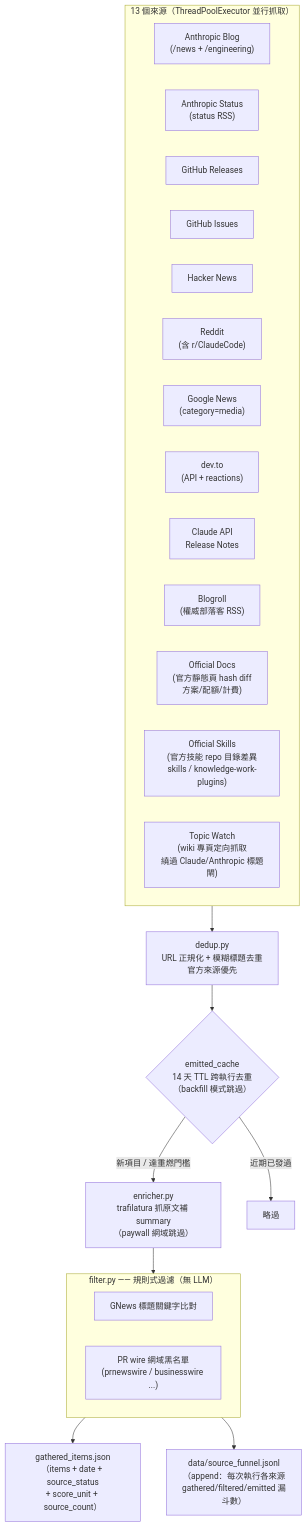
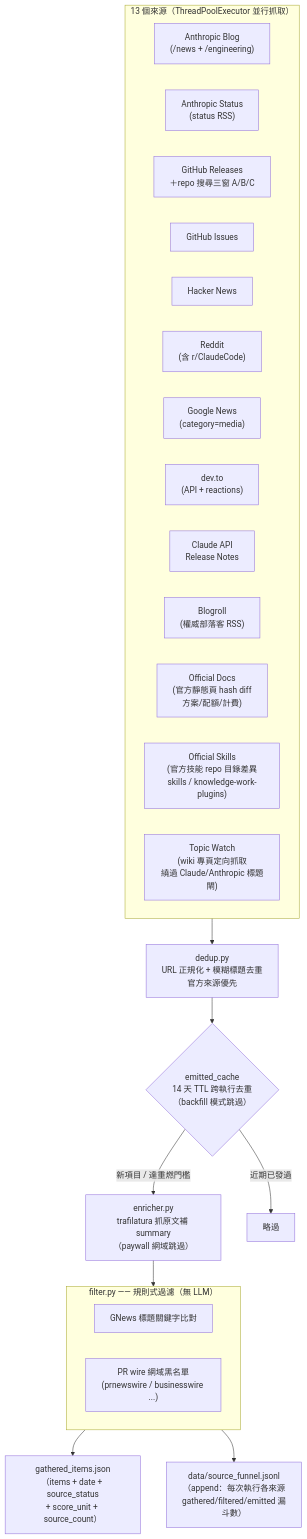
One commit to mandy82477/claude-news changed the third of 9 diagrams in src/DesignDocument/Design Diagram.md. Above: the diagram before and after it, drawn with Mermaid. The commit also changed other lines of this file and 5 other files, not shown here.

First line of the commit message:
feat(sources): GitHub repo 搜尋加入 C 窗（存量盤點），關掉冷啟動洞

````diff
--- a/src/DesignDocument/Design Diagram.md
+++ b/src/DesignDocument/Design Diagram.md
@@ -90,34 +90,35 @@
 ```mermaid
 flowchart TD
     subgraph SRC["13 個來源（ThreadPoolExecutor 並行抓取）"]
         direction LR
         S1["Anthropic Blog\n(/news + /engineering)"]
         S2["Anthropic Status\n(status RSS)"]
-        S3["GitHub Releases"]
+        S3["GitHub Releases
+＋repo 搜尋三窗 A/B/C"]
         S4["GitHub Issues"]
         S5["Hacker News"]
         S6["Reddit\n(含 r/ClaudeCode)"]
         S7["Google News\n(category=media)"]
         S8["dev.to\n(API + reactions)"]
         S9["Claude API\nRelease Notes"]
         S10["Blogroll\n(權威部落客 RSS)"]
         S11["Official Docs\n(官方靜態頁 hash diff\n方案/配額/計費)"]
         S12["Official Skills\n(官方技能 repo 目錄差異\nskills / knowledge-work-plugins)"]
         S13["Topic Watch\n(wiki 專頁定向抓取\n繞過 Claude/Anthropic 標題閘)"]
     end
 
     SRC --> DEDUP["dedup.py\nURL 正規化 + 模糊標題去重\n官方來源優先"]
     DEDUP --> CACHE{"emitted_cache\n14 天 TTL 跨執行去重\n（backfill 模式跳過）"}
     CACHE -->|新項目 / 達重燃門檻| ENRICH
     CACHE -->|近期已發過| DROP["略過"]
 
     ENRICH["enricher.py\ntrafilatura 抓原文補 summary\n（paywall 網域跳過）"] --> FILTER
 
     subgraph FILTER["filter.py —— 規則式過濾（無 LLM）"]
         F1["GNews 標題關鍵字比對"]
         F2["PR wire 網域黑名單\n(prnewswire / businesswire ...)"]
     end
 
     FILTER --> OUT["gathered_items.json\n（items + date + source_status\n+ score_unit + source_count）"]
     FILTER --> FUNNEL["data/source_funnel.jsonl\n（append：每次執行各來源\ngathered/filtered/emitted 漏斗數）"]
 ```
````
